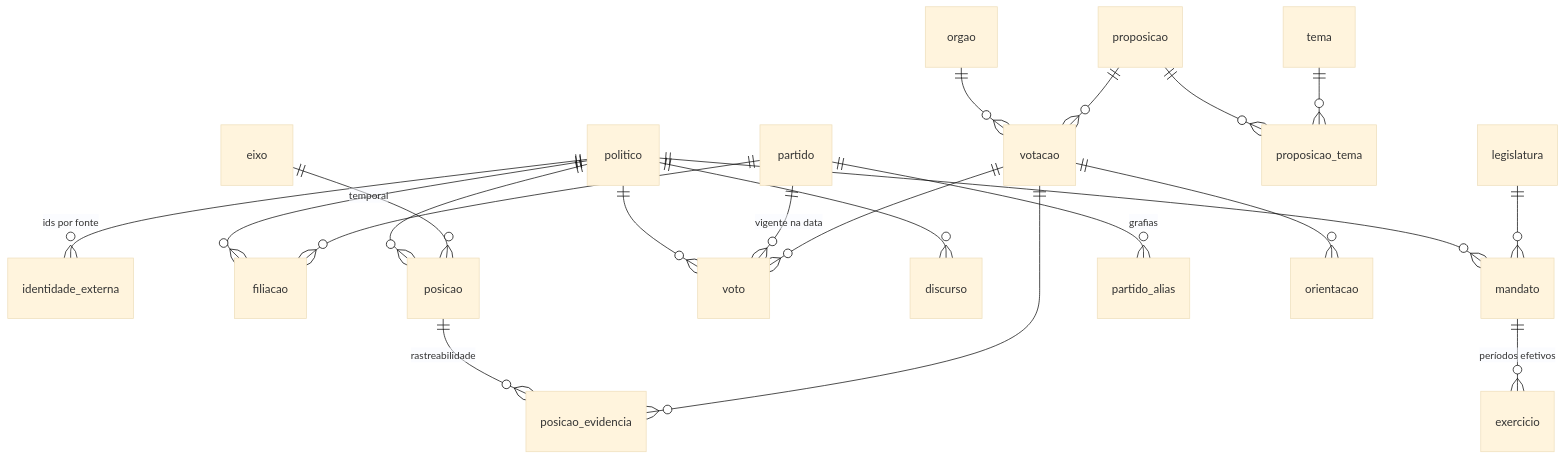
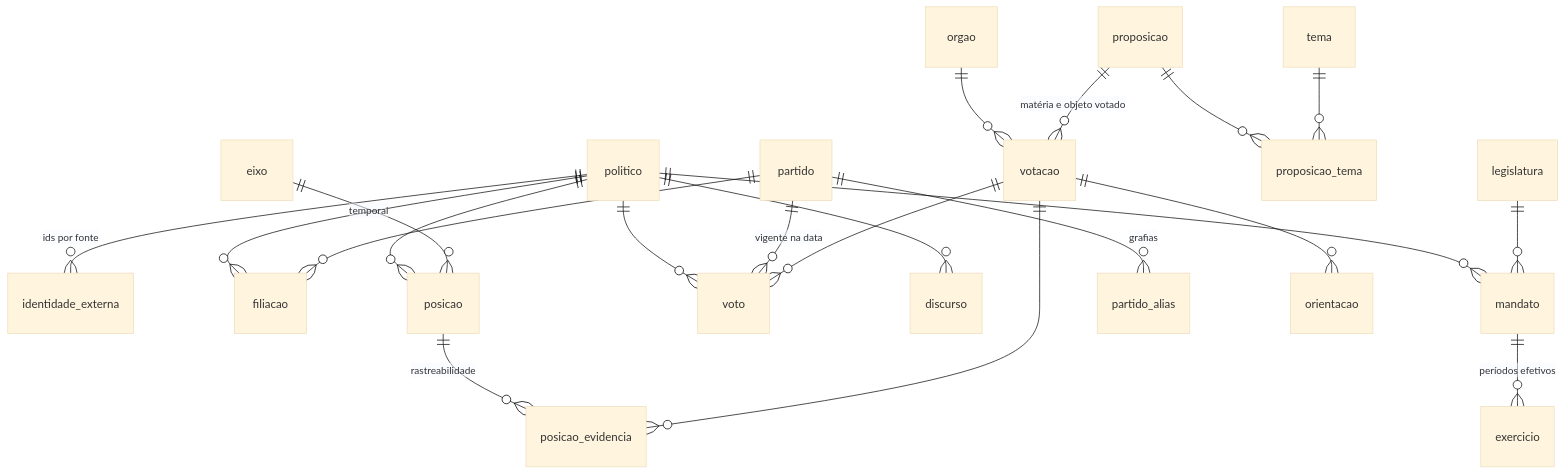
One commit to RaulMdrs/bussola-civica changed the diagram in docs/MODELO-DADOS.md. Above: the diagram before and after it, drawn with Mermaid (base theme). The commit also changed other lines of this file and 10 other files, not shown here.

````diff
--- a/docs/MODELO-DADOS.md
+++ b/docs/MODELO-DADOS.md
@@ -30,23 +30,23 @@
 ```mermaid
 erDiagram
     politico ||--o{ identidade_externa : "ids por fonte"
     politico ||--o{ filiacao : "temporal"
     politico ||--o{ mandato : ""
     politico ||--o{ voto : ""
     politico ||--o{ discurso : ""
     politico ||--o{ posicao : ""
     partido  ||--o{ filiacao : ""
     partido  ||--o{ partido_alias : "grafias"
     partido  ||--o{ voto : "vigente na data"
     mandato  ||--o{ exercicio : "períodos efetivos"
     legislatura ||--o{ mandato : ""
     votacao  ||--o{ voto : ""
     votacao  ||--o{ orientacao : ""
     orgao    ||--o{ votacao : ""
-    proposicao ||--o{ votacao : ""
+    proposicao ||--o{ votacao : "matéria e objeto votado"
     proposicao ||--o{ proposicao_tema : ""
     tema     ||--o{ proposicao_tema : ""
     eixo     ||--o{ posicao : ""
     posicao  ||--o{ posicao_evidencia : "rastreabilidade"
     votacao  ||--o{ posicao_evidencia : ""
 ```
````
